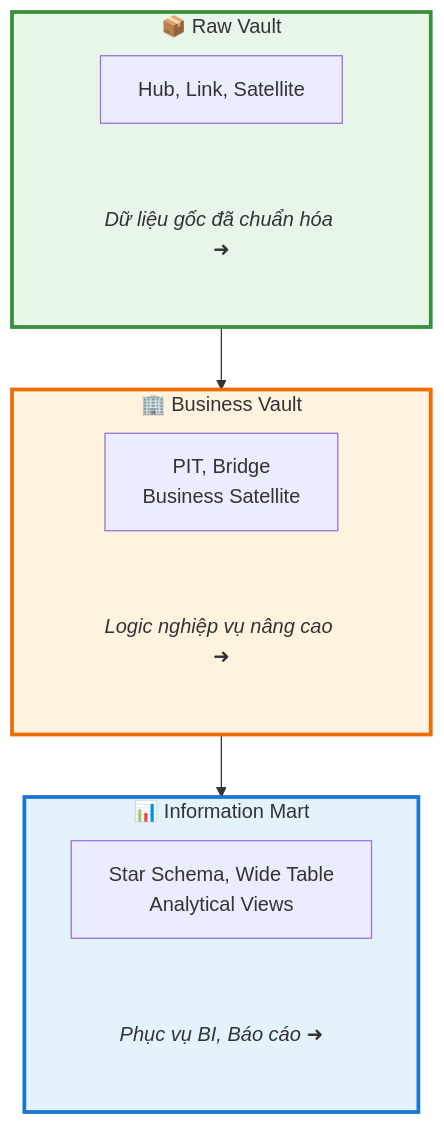
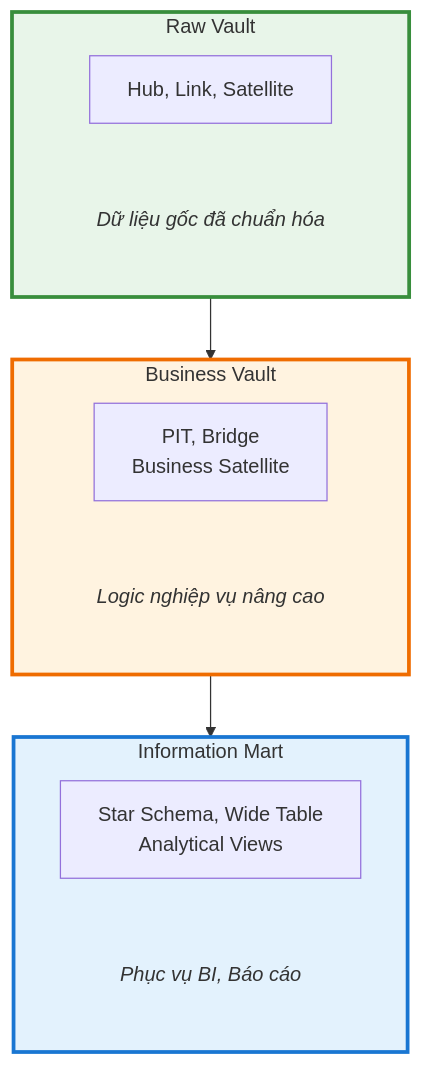
One commit to trangtoan293/hanas-doc changed the second of 3 diagrams in website/docs/04-data-model/README.md. Above: the diagram before and after it, drawn with Mermaid. The commit also changed other lines of this file and 11 other files, not shown here.

````diff
--- a/website/docs/04-data-model/README.md
+++ b/website/docs/04-data-model/README.md
@@ -9,27 +51,27 @@
 ```mermaid
 flowchart TB
-    subgraph InfoMart["📊 Information Mart"]
+    subgraph InfoMart["Information Mart"]
         IM["Star Schema, Wide Table<br/>Analytical Views"]
-        IM_NOTE["<i>Phục vụ BI, Báo cáo</i> ➜"]
+        IM_NOTE["<i>Phục vụ BI, Báo cáo</i>"]
     end
     
-    subgraph BusinessVault["🏢 Business Vault"]
+    subgraph BusinessVault["Business Vault"]
         BV["PIT, Bridge<br/>Business Satellite"]
-        BV_NOTE["<i>Logic nghiệp vụ nâng cao</i> ➜"]
+        BV_NOTE["<i>Logic nghiệp vụ nâng cao</i>"]
     end
     
-    subgraph RawVault["📦 Raw Vault"]
+    subgraph RawVault["Raw Vault"]
         RV["Hub, Link, Satellite"]
-        RV_NOTE["<i>Dữ liệu gốc đã chuẩn hóa</i> ➜"]
+        RV_NOTE["<i>Dữ liệu gốc đã chuẩn hóa</i>"]
     end
     
     RawVault --> BusinessVault
     BusinessVault --> InfoMart
     
     style InfoMart fill:#e3f2fd,stroke:#1976d2,stroke-width:3px
     style BusinessVault fill:#fff3e0,stroke:#ef6c00,stroke-width:3px
     style RawVault fill:#e8f5e9,stroke:#388e3c,stroke-width:3px
     style IM_NOTE fill:none,stroke:none
     style BV_NOTE fill:none,stroke:none
     style RV_NOTE fill:none,stroke:none
 ```
````
